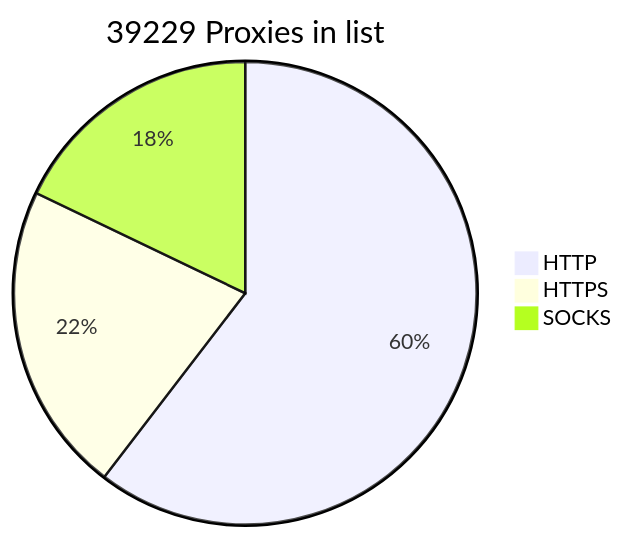
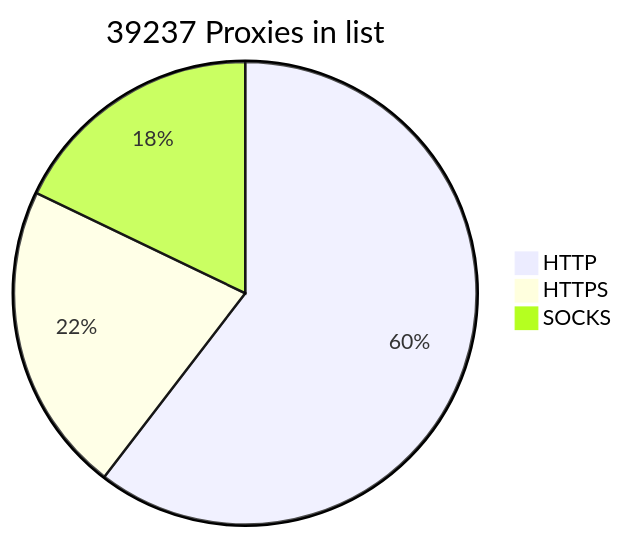
The diagram in README.md (BlackSnowDot/proxylist-update-every-minute), drawn with Mermaid before and after one commit.

````diff
--- a/README.md
+++ b/README.md
@@ -2,6 +2,6 @@
 ```mermaid
-pie title 39229 Proxies in list
-    "HTTP" : 27738
-    "HTTPS": 9963
-    "SOCKS" : 8211
+pie title 39237 Proxies in list
+    "HTTP" : 27751
+    "HTTPS": 9966
+    "SOCKS" : 8212
 ```
````
